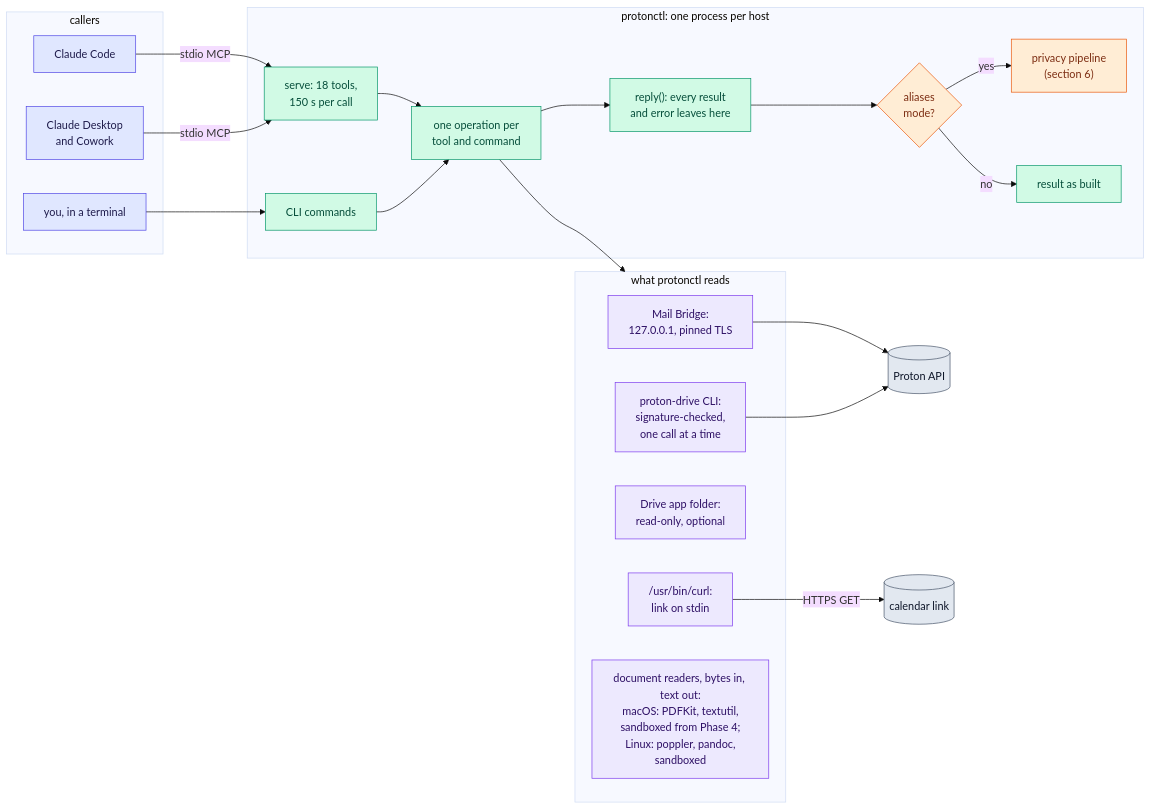
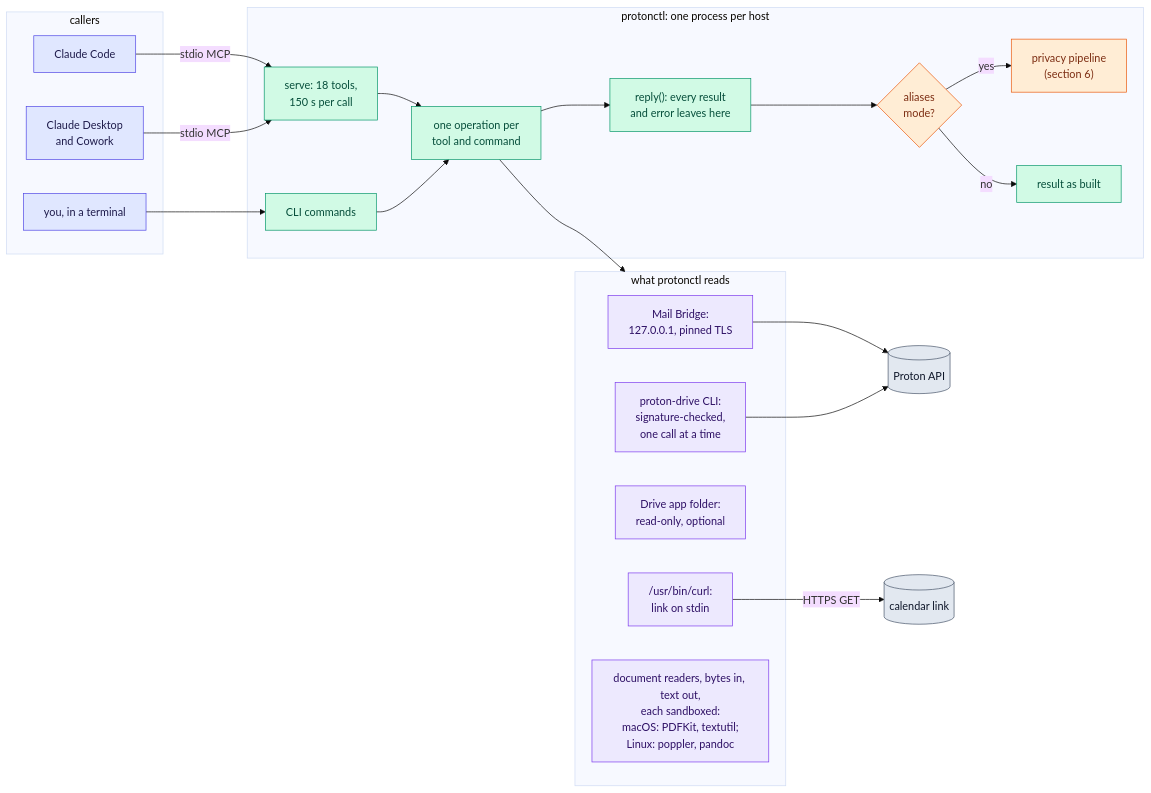
The first of 5 diagrams in docs/rfc-0001/04-design.md (matt-w-horn/protonctl), drawn with Mermaid (base theme) before and after one commit. The commit also changed other lines of this file and 15 other files, not shown here.

````diff
--- a/docs/rfc-0001/04-design.md
+++ b/docs/rfc-0001/04-design.md
@@ -7,47 +7,47 @@
 ```mermaid
 flowchart LR
     subgraph callers["callers"]
         CC["Claude Code"]
         CD["Claude Desktop<br/>and Cowork"]
         U["you, in a terminal"]
     end
     subgraph proc["protonctl: one process per host"]
         S["serve: 18 tools,<br/>150 s per call"]
         CMD["CLI commands"]
         OPS["one operation per<br/>tool and command"]
         R["reply(): every result<br/>and error leaves here"]
         PP{"aliases<br/>mode?"}
         PIPE["privacy pipeline<br/>(section 6)"]
         OUT["result as built"]
         S --> OPS
         CMD --> OPS
         OPS --> R --> PP
         PP -->|yes| PIPE
         PP -->|no| OUT
     end
     subgraph reads["what protonctl reads"]
         B["Mail Bridge:<br/>127.0.0.1, pinned TLS"]
         CLI["proton-drive CLI:<br/>signature-checked,<br/>one call at a time"]
         DF["Drive app folder:<br/>read-only, optional"]
         CURL["/usr/bin/curl:<br/>link on stdin"]
-        CONV["document readers, bytes in, text out:<br/>macOS: PDFKit, textutil,<br/>sandboxed from Phase 4;<br/>Linux: poppler, pandoc,<br/>sandboxed"]
+        CONV["document readers, bytes in, text out,<br/>each sandboxed:<br/>macOS: PDFKit, textutil;<br/>Linux: poppler, pandoc"]
     end
     CC -->|"stdio MCP"| S
     CD -->|"stdio MCP"| S
     U --> CMD
     OPS --> reads
     B --> API[("Proton API")]
     CLI --> API
     CURL -->|"HTTPS GET"| LINK[("calendar link")]
 
     classDef host fill:#E0E7FF,stroke:#4F46E5,color:#1E1B4B
     classDef core fill:#D1FAE5,stroke:#059669,color:#064E3B
     classDef priv fill:#FFEDD5,stroke:#EA580C,color:#7C2D12
     classDef prot fill:#EDE9FE,stroke:#7C3AED,color:#2E1065
     classDef ext fill:#E2E8F0,stroke:#475569,color:#0F172A
     class CC,CD,U host
     class S,CMD,OPS,R,OUT core
     class PP,PIPE priv
     class B,CLI,DF,CURL,CONV prot
     class API,LINK ext
 ```
````
